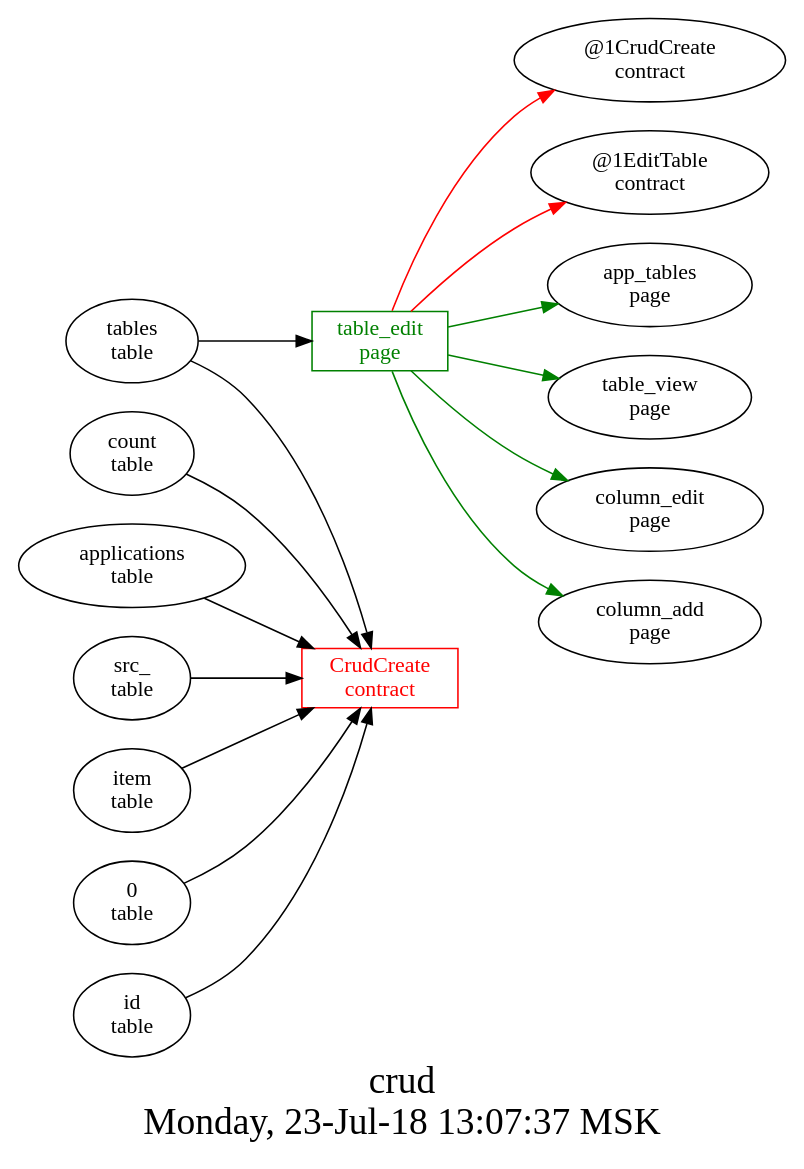
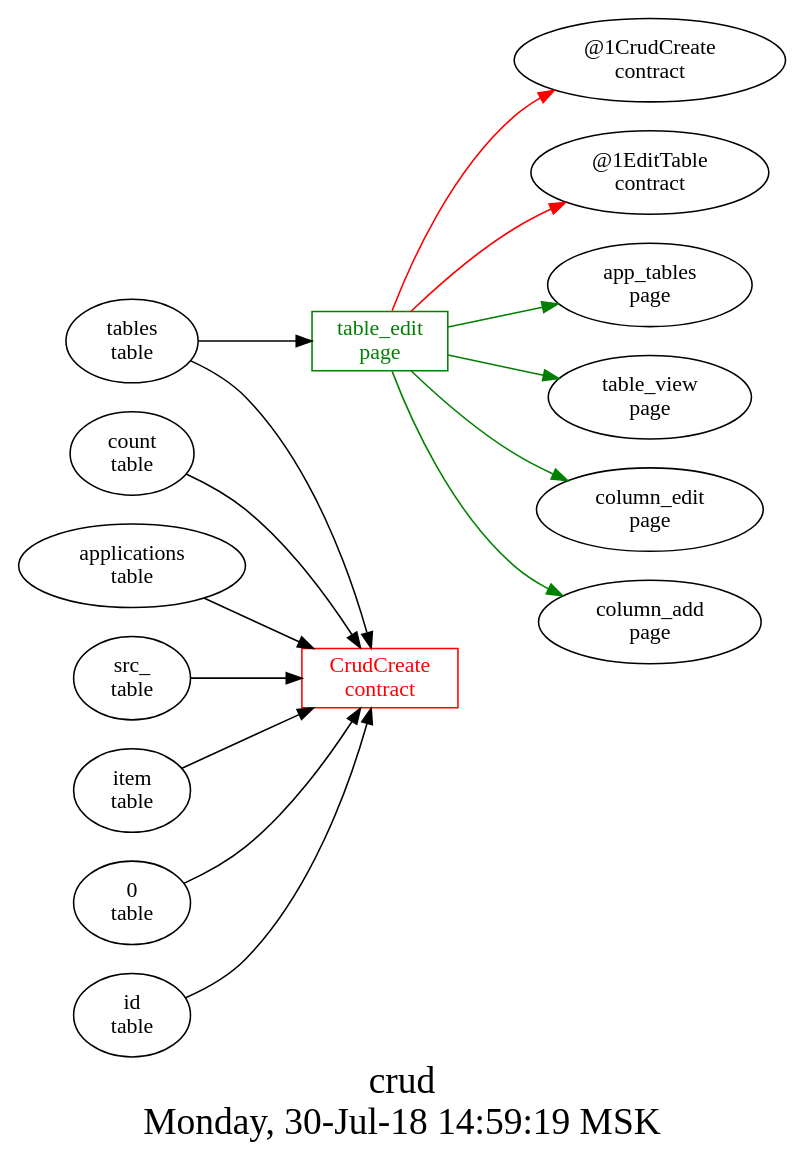
The diagram in src/crud/struct.dot (AplaProject/apps), drawn with Graphviz before and after one commit. The commit also changed 2 other files, not shown here.

```diff
--- a/src/crud/struct.dot
+++ b/src/crud/struct.dot
@@ -1,26 +1,26 @@
 digraph G {
 graph [
   fontsize="24";
-  label="crud\nMonday, 23-Jul-18 13:07:37 MSK";
+  label="crud\nMonday, 30-Jul-18 14:59:19 MSK";
   nojustify=true;
   ordering=out;
   rankdir=LR;
   size="30";
 ];
 "table_edit\npage" -> "@1CrudCreate\ncontract"  [ color=red ]
 "table_edit\npage" -> "@1EditTable\ncontract"  [ color=red ]
 "tables\ntable" -> "table_edit\npage"
 "table_edit\npage" -> "app_tables\npage"  [ color=green ]
 "table_edit\npage" -> "table_view\npage"  [ color=green ]
 "table_edit\npage" -> "column_edit\npage"  [ color=green ]
 "table_edit\npage" -> "column_add\npage"  [ color=green ]
 "table_edit\npage" [color=green, fontcolor=green, group=pages, shape=record];
 "count\ntable" -> "CrudCreate\ncontract"
 "applications\ntable" -> "CrudCreate\ncontract"
 "src_\ntable" -> "CrudCreate\ncontract"
 "item\ntable" -> "CrudCreate\ncontract"
 "0\ntable" -> "CrudCreate\ncontract"
 "id\ntable" -> "CrudCreate\ncontract"
 "tables\ntable" -> "CrudCreate\ncontract"
 "CrudCreate\ncontract" [color=red, fontcolor=red, group=contracts, shape=record];
 }
```
